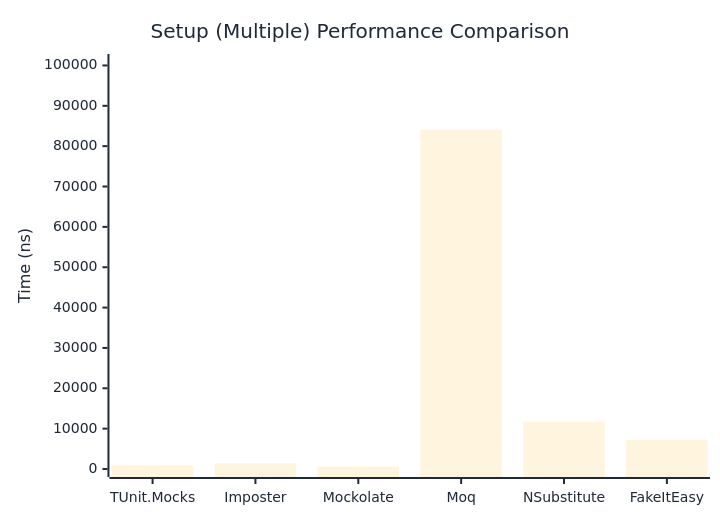
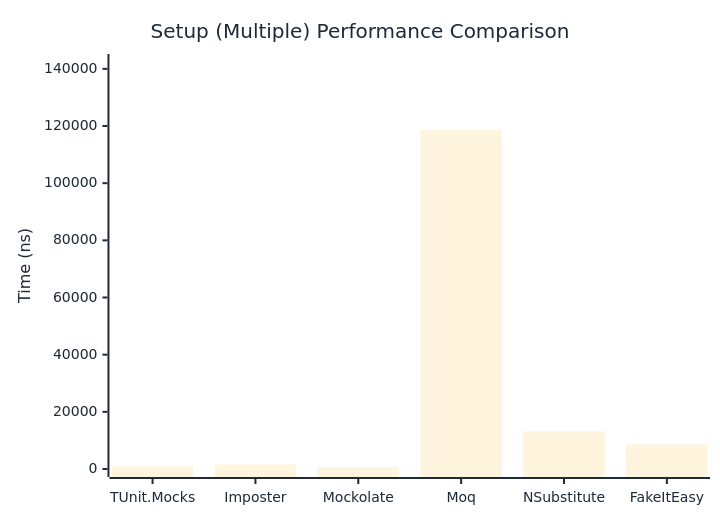
One commit to thomhurst/TUnit changed the second of 2 diagrams in docs/docs/benchmarks/mocks/Setup.md. Above: the diagram before and after it, drawn with Mermaid. The commit also changed other lines of this file and 14 other files, not shown here.

````diff
--- a/docs/docs/benchmarks/mocks/Setup.md
+++ b/docs/docs/benchmarks/mocks/Setup.md
@@ -71,27 +71,27 @@
 ```mermaid
 %%{init: {
   'theme':'base',
   'themeVariables': {
     'primaryColor': '#2563eb',
     'primaryTextColor': '#1f2937',
     'primaryBorderColor': '#1e40af',
     'lineColor': '#6b7280',
     'secondaryColor': '#7c3aed',
     'tertiaryColor': '#dc2626',
     'background': '#ffffff',
     'pie1': '#2563eb',
     'pie2': '#7c3aed',
     'pie3': '#dc2626',
     'pie4': '#f59e0b',
     'pie5': '#10b981',
     'pie6': '#06b6d4',
     'pie7': '#ec4899',
     'pie8': '#6366f1'
   }
 }}%%
 xychart-beta
   title "Setup (Multiple) Performance Comparison"
   x-axis ["TUnit.Mocks", "Imposter", "Mockolate", "Moq", "NSubstitute", "FakeItEasy"]
-  y-axis "Time (ns)" 0 --> 100857
-  bar [879.3, 1447.5, 607.8, 84047, 11746.2, 7231.9]
+  y-axis "Time (ns)" 0 --> 142396
+  bar [862, 1597.8, 637.6, 118662.7, 13209.8, 8549.2]
 ```
````
